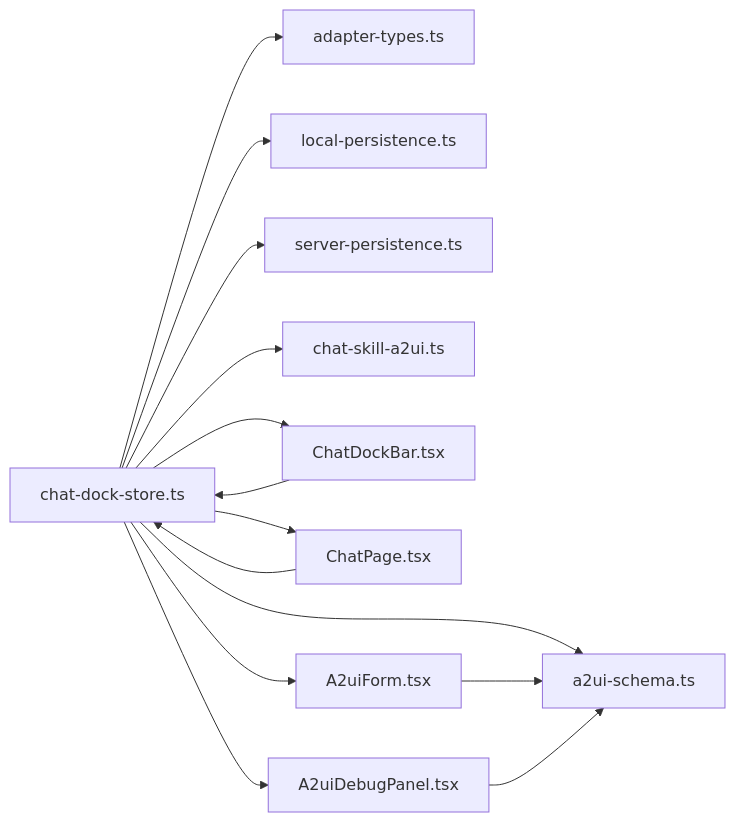
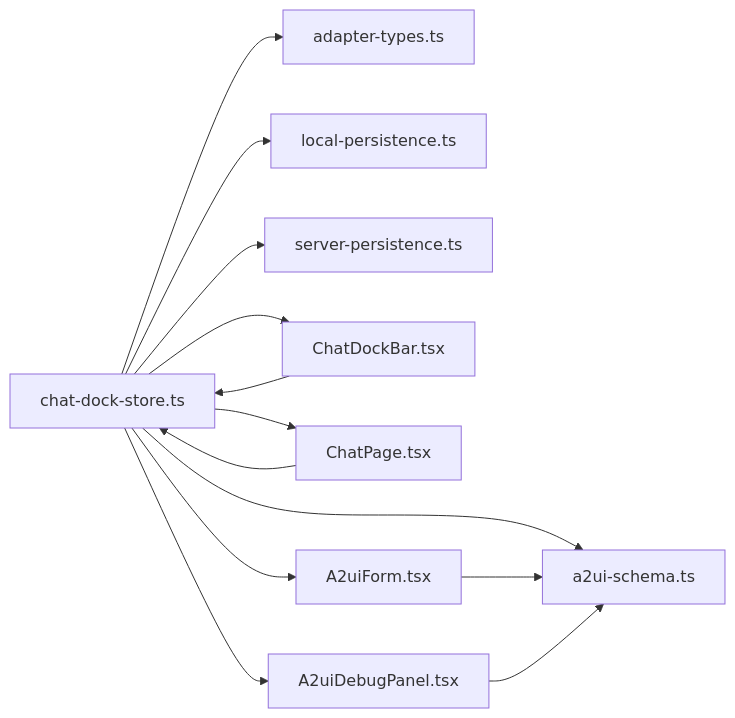
The eighth of 8 diagrams in .qoder/repowiki/zh/content/状态管理系统/控制台 Store 系统/聊天停靠 Store.md (WW-AI-Lab/openclaw-office), drawn with Mermaid before and after one commit. The commit also changed other lines of this file and 5 other files, not shown here.

First line of the commit message:
refactor(chat-dock-store): 优化A2UI状态管理与简化提交监控

````diff
--- a/.qoder/repowiki/zh/content/状态管理系统/控制台 Store 系统/聊天停靠 Store.md
+++ b/.qoder/repowiki/zh/content/状态管理系统/控制台 Store 系统/聊天停靠 Store.md
@@ -513,16 +470,15 @@
 ```mermaid
 graph LR
 Store["chat-dock-store.ts"] --> Types["adapter-types.ts"]
 Store --> Local["local-persistence.ts"]
 Store --> Server["server-persistence.ts"]
 Store --> A2UI["a2ui-schema.ts"]
-Store --> SkillA2UI["chat-skill-a2ui.ts"]
 UI1["ChatDockBar.tsx"] --> Store
 UI2["ChatPage.tsx"] --> Store
 UI3["A2uiForm.tsx"] --> A2UI
 UI4["A2uiDebugPanel.tsx"] --> A2UI
 Store --> UI1
 Store --> UI2
 Store --> UI3
 Store --> UI4
 ```
````
